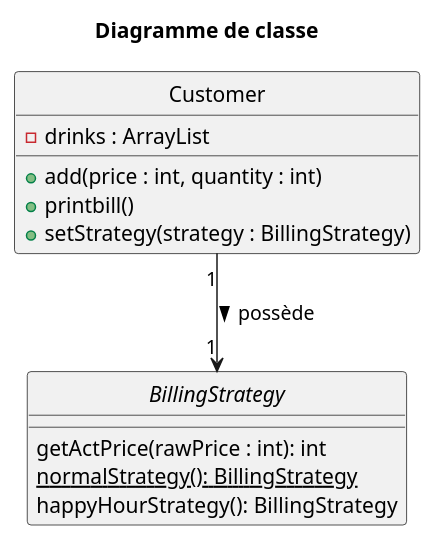
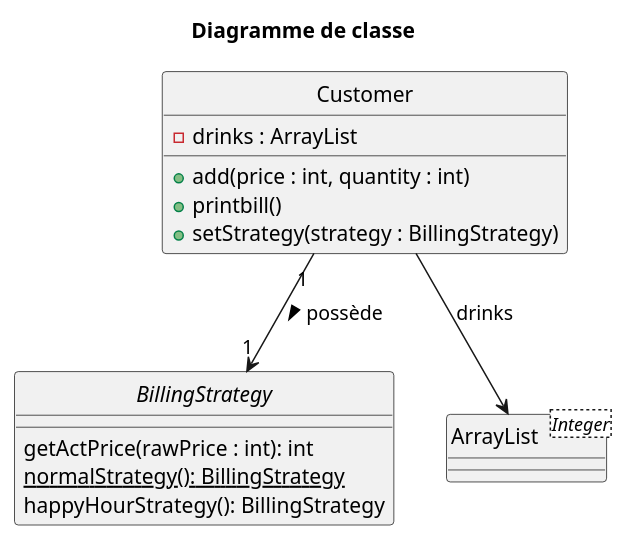
Before and after one commit to yvanross/LOG121-GOF-exemples: the first of 2 diagrams in src/main/java/Strategie/Billing/README.puml, drawn with PlantUML. The commit also changed other lines of this file and 27 other files, not shown here.

```diff
--- a/src/main/java/Strategie/Billing/README.puml
+++ b/src/main/java/Strategie/Billing/README.puml
@@ -2,20 +1,22 @@
-@startuml diagamme de classe
+@startuml DCL
 skinparam Style strictuml
 title Diagramme de classe 
 
 interface BillingStrategy{
     getActPrice(rawPrice : int): int
     {static} normalStrategy(): BillingStrategy
     happyHourStrategy(): BillingStrategy    
 }
 Class Customer{
     -drinks : ArrayList
     +add(price : int, quantity : int) 
     +printbill()
     +setStrategy(strategy : BillingStrategy)
         
 }
+class "ArrayList<Integer>" as AI
+
 Customer "1"--> "1" BillingStrategy : possède >
-
+Customer --> AI: drinks
 
 @enduml
```
